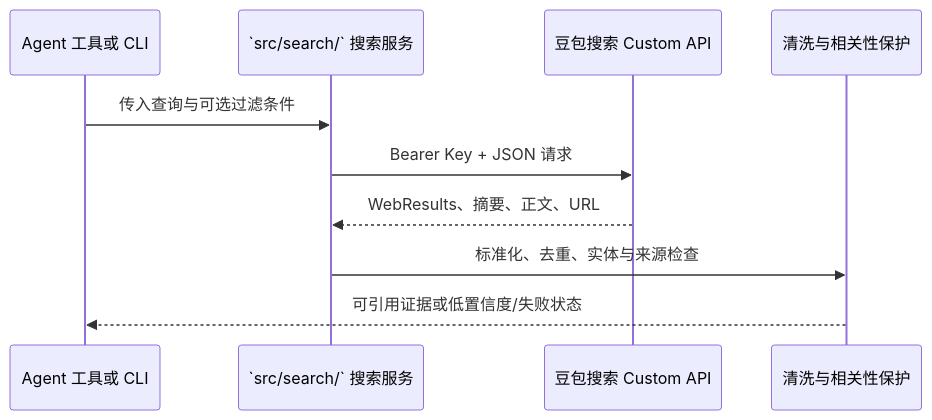
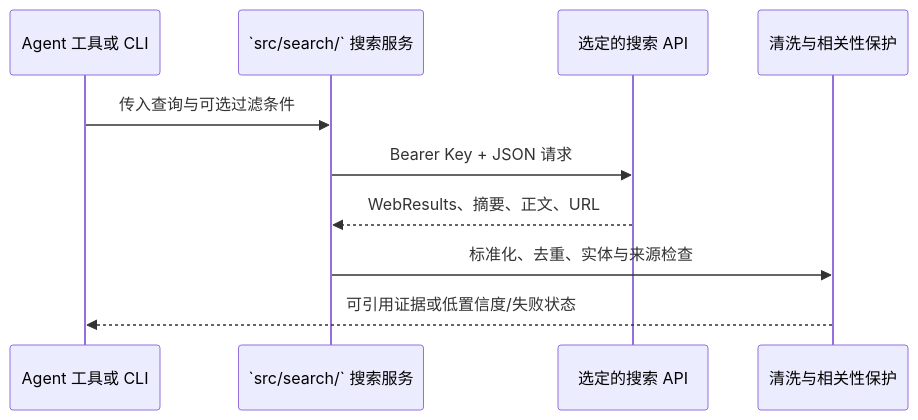
One commit to QAyong/msfs-ai-voice-guide changed the third of 5 diagrams in docs/architecture/overview.md. Above: the diagram before and after it, drawn with Mermaid. The commit also changed other lines of this file and 29 other files, not shown here.

````diff
--- a/docs/architecture/overview.md
+++ b/docs/architecture/overview.md
@@ -61,13 +61,13 @@
 ```mermaid
 sequenceDiagram
     participant Caller as Agent 工具或 CLI
     participant Search as `src/search/` 搜索服务
-    participant API as 豆包搜索 Custom API
+    participant API as 选定的搜索 API
     participant Guard as 清洗与相关性保护
 
     Caller->>Search: 传入查询与可选过滤条件
     Search->>API: Bearer Key + JSON 请求
     API-->>Search: WebResults、摘要、正文、URL
     Search->>Guard: 标准化、去重、实体与来源检查
     Guard-->>Caller: 可引用证据或低置信度/失败状态
 ```
````
